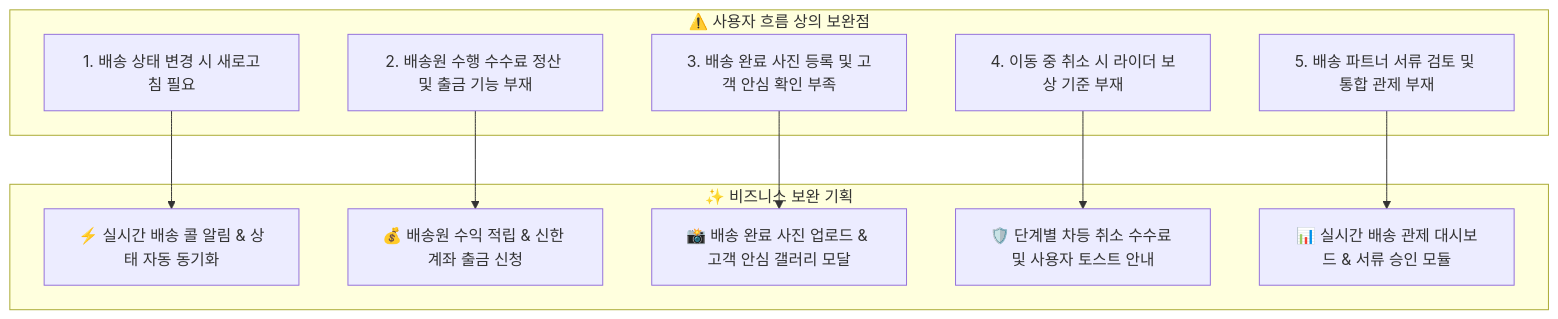
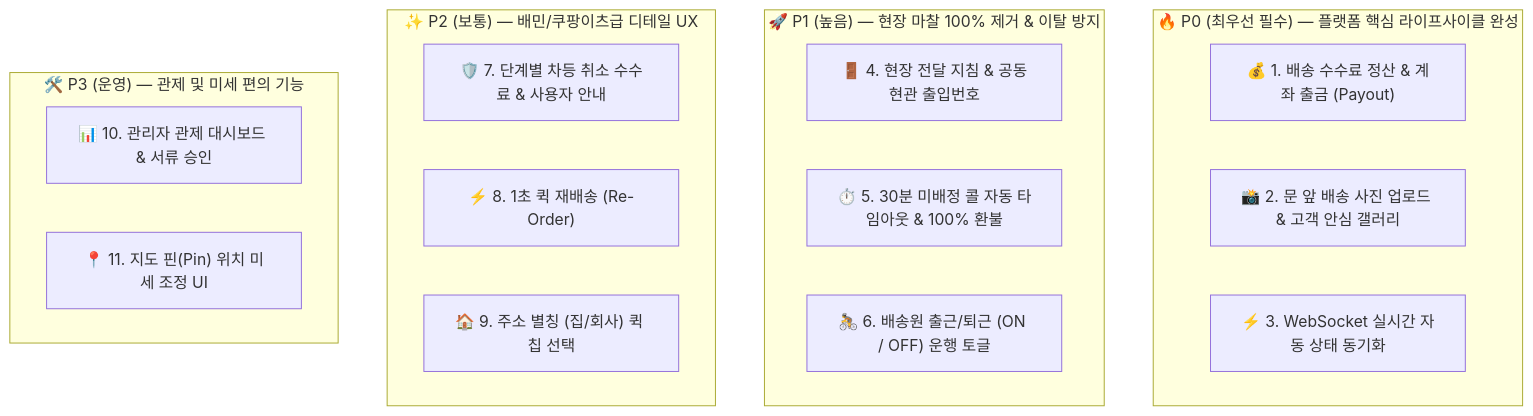
One commit to ShinhanDSProject/shinhan-delivery changed the first of 2 diagrams in docs/architecture/프로덕트-고도화-및-유저플로우-보완-기획서.md. Above: the diagram before and after it, drawn with Mermaid. The commit also changed other lines of this file, not shown here.

````diff
--- a/docs/architecture/프로덕트-고도화-및-유저플로우-보완-기획서.md
+++ b/docs/architecture/프로덕트-고도화-및-유저플로우-보완-기획서.md
@@ -32,24 +26,25 @@
 ```mermaid
-flowchart TD
-    subgraph CurrentGaps ["⚠️ 사용자 흐름 상의 보완점"]
-        G1["1. 배송 상태 변경 시 새로고침 필요"]
-        G2["2. 배송원 수행 수수료 정산 및 출금 기능 부재"]
-        G3["3. 배송 완료 사진 등록 및 고객 안심 확인 부족"]
-        G4["4. 이동 중 취소 시 라이더 보상 기준 부재"]
-        G5["5. 배송 파트너 서류 검토 및 통합 관제 부재"]
+graph TD
+    subgraph P0 ["🔥 P0 (최우선 필수) — 플랫폼 핵심 라이프사이클 완성"]
+        P0_1["💰 1. 배송 수수료 정산 & 계좌 출금 (Payout)"]
+        P0_2["📸 2. 문 앞 배송 사진 업로드 & 고객 안심 갤러리"]
+        P0_3["⚡ 3. WebSocket 실시간 자동 상태 동기화"]
     end
 
-    subgraph Solutions ["✨ 비즈니스 보완 기획"]
-        S1["⚡ 실시간 배송 콜 알림 & 상태 자동 동기화"]
-        S2["💰 배송원 수익 적립 & 신한 계좌 출금 신청"]
-        S3["📸 배송 완료 사진 업로드 & 고객 안심 갤러리 모달"]
-        S4["🛡️ 단계별 차등 취소 수수료 및 사용자 토스트 안내"]
-        S5["📊 실시간 배송 관제 대시보드 & 서류 승인 모듈"]
+    subgraph P1 ["🚀 P1 (높음) — 현장 마찰 100% 제거 & 이탈 방지"]
+        P1_1["🚪 4. 현장 전달 지침 & 공동현관 출입번호"]
+        P1_2["⏱️ 5. 30분 미배정 콜 자동 타임아웃 & 100% 환불"]
+        P1_3["🚴 6. 배송원 출근/퇴근 (ON / OFF) 운행 토글"]
     end
 
-    G1 --> S1
-    G2 --> S2
-    G3 --> S3
-    G4 --> S4
-    G5 --> S5
+    subgraph P2 ["✨ P2 (보통) — 배민/쿠팡이츠급 디테일 UX"]
+        P2_1["🛡️ 7. 단계별 차등 취소 수수료 & 사용자 안내"]
+        P2_2["⚡ 8. 1초 퀵 재배송 (Re-Order)"]
+        P2_3["🏠 9. 주소 별칭 (집/회사) 퀵 칩 선택"]
+    end
+
+    subgraph P3 ["🛠️ P3 (운영) — 관제 및 미세 편의 기능"]
+        P3_1["📊 10. 관리자 관제 대시보드 & 서류 승인"]
+        P3_2["📍 11. 지도 핀(Pin) 위치 미세 조정 UI"]
+    end
 ```
````
